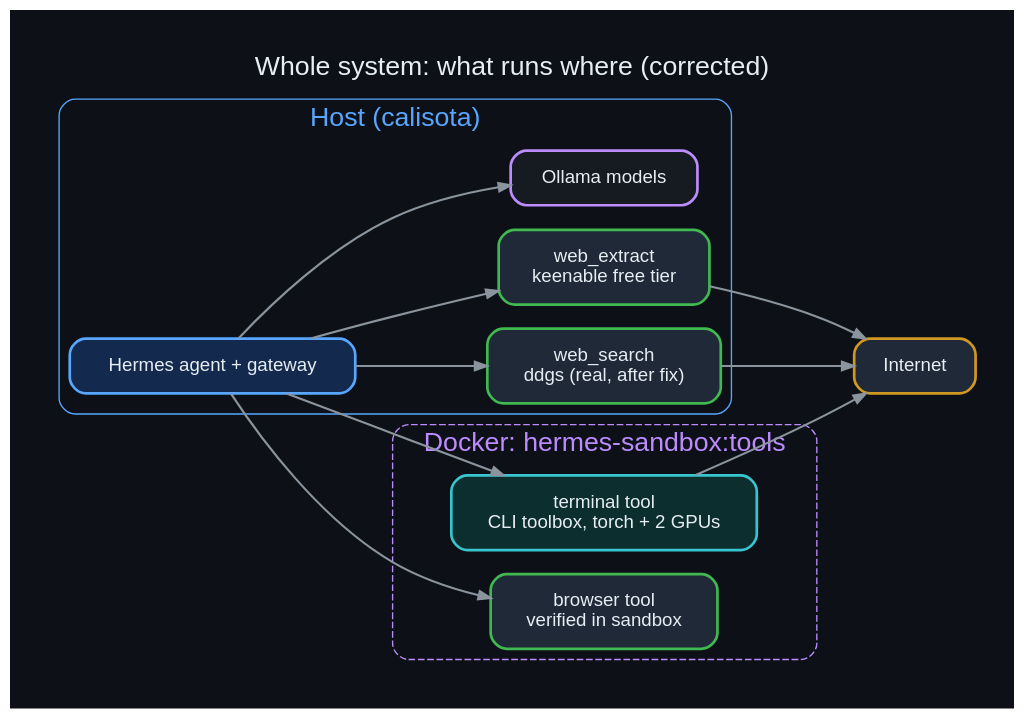
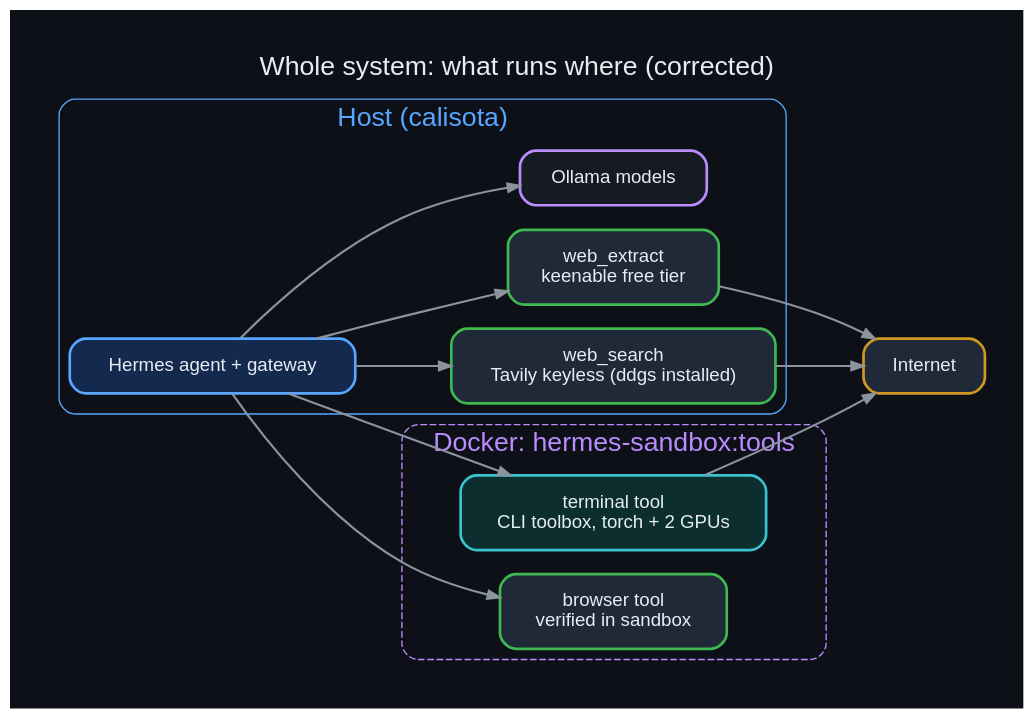
One commit to danindiana/hermes-web-search-ddgs changed the diagram in diagrams/24_system_overview.dot. Above: the diagram before and after it, drawn with Graphviz. The commit also changed 20 other files, not shown here.

Commit message:
Document Tavily keyless trial (search kept, extract rejected) and Google PSE status; diagrams 53-54

```diff
--- a/diagrams/24_system_overview.dot
+++ b/diagrams/24_system_overview.dot
@@ -1,12 +1,12 @@
 digraph g {
 graph [bgcolor="#0d1117", rankdir=LR, fontname="Helvetica", fontcolor="#e6edf3", labelloc="t", fontsize=20, pad=0.4];
 node  [fontname="Helvetica", fontcolor="#e6edf3", color="#30363d", style="filled,rounded", shape=box, penwidth=2, margin="0.25,0.18", fillcolor="#161b22"];
 edge  [color="#8b949e", fontname="Helvetica", fontcolor="#adbac7", penwidth=1.6, arrowsize=0.9];
 label="Whole system: what runs where (corrected)";
 subgraph cluster_h { label="Host (calisota)"; color="#58a6ff"; fontcolor="#58a6ff"; style=rounded;
- ag [label="Hermes agent + gateway", color="#58a6ff", fillcolor="#13294d"]; ws [label="web_search\nddgs (real, after fix)", color="#3fb950", fillcolor="#1f2937"]; ex [label="web_extract\nkeenable free tier", color="#3fb950", fillcolor="#1f2937"]; ol [label="Ollama models", color="#bc8cff"]; }
+ ag [label="Hermes agent + gateway", color="#58a6ff", fillcolor="#13294d"]; ws [label="web_search\nTavily keyless (ddgs installed)", color="#3fb950", fillcolor="#1f2937"]; ex [label="web_extract\nkeenable free tier", color="#3fb950", fillcolor="#1f2937"]; ol [label="Ollama models", color="#bc8cff"]; }
 subgraph cluster_d { label="Docker: hermes-sandbox:tools"; color="#bc8cff"; fontcolor="#bc8cff"; style="rounded,dashed";
  tm [label="terminal tool\nCLI toolbox, torch + 2 GPUs", color="#39c5cf", fillcolor="#0d2e2e"]; br [label="browser tool\nverified in sandbox", color="#3fb950", fillcolor="#1f2937"]; }
 net [label="Internet", color="#d29922", fillcolor="#1f2937"];
 ag->ol; ag->ws; ag->ex; ag->tm; ag->br; ws->net; ex->net; tm->net;
 }
```
